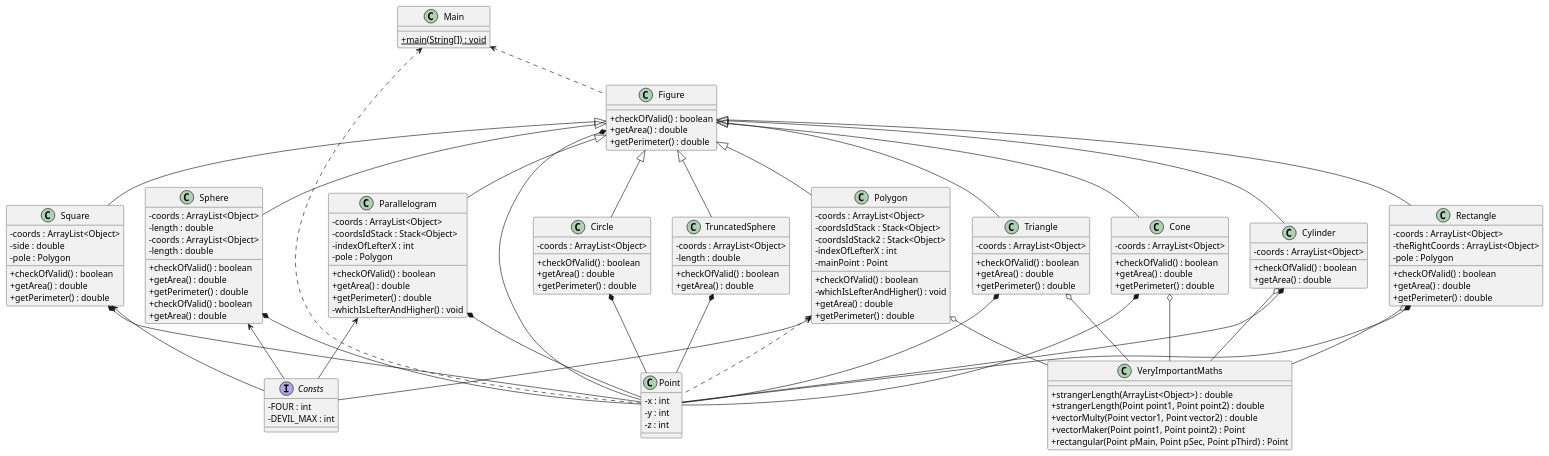
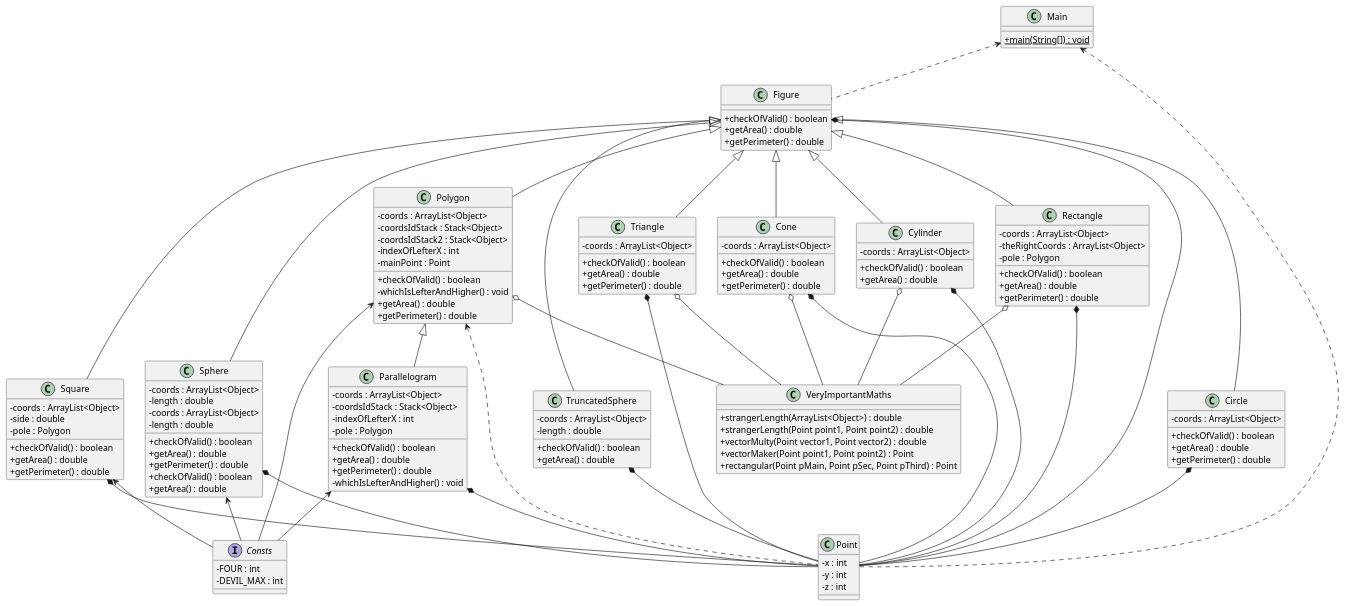
Before and after one commit to TipsyTripper/Task-968511: the diagram in src/main/resources/uml/diagramForFigures.puml, drawn with PlantUML. The commit also changed 11 other files, not shown here.

Commit message:
Добавлены "@override" Дополнено UML

```diff
--- a/src/main/resources/uml/diagramForFigures.puml
+++ b/src/main/resources/uml/diagramForFigures.puml
@@ -1,156 +1,157 @@
 @startuml
 skinparam classAttributeIconSize 0
 
 Main : + {static} main(String[]) : void
 
 Figure : + checkOfValid() : boolean
 Figure : + getArea() : double
 Figure : + getPerimeter() : double
 
 class Circle {
     - coords : ArrayList<Object>
     + checkOfValid() : boolean
     + getArea() : double
     + getPerimeter() : double
 }
 
 class Sphere {
     - coords : ArrayList<Object>
     - length : double
     + checkOfValid() : boolean
     + getArea() : double
     + getPerimeter() : double
 }
 
 class Cone {
     - coords : ArrayList<Object>
     + checkOfValid() : boolean
     + getArea() : double
     + getPerimeter() : double
 }
 
 class Cylinder {
     - coords : ArrayList<Object>
     + checkOfValid() : boolean
     + getArea() : double
 }
 
 class Parallelogram {
     - coords : ArrayList<Object>
     - coordsIdStack : Stack<Object>
     - indexOfLefterX : int
     - pole : Polygon
     + checkOfValid() : boolean
     + getArea() : double
     + getPerimeter() : double
     - whichIsLefterAndHigher() : void
 }
 
 class Polygon {
     - coords : ArrayList<Object>
     - coordsIdStack : Stack<Object>
     - coordsIdStack2 : Stack<Object>
     - indexOfLefterX : int
     - mainPoint : Point
      + checkOfValid() : boolean
     - whichIsLefterAndHigher() : void
      + getArea() : double
      + getPerimeter() : double
 }
 
 class Rectangle {
     - coords : ArrayList<Object>
     - theRightCoords : ArrayList<Object>
     - pole : Polygon
     + checkOfValid() : boolean
     + getArea() : double
     + getPerimeter() : double
 }
 
 class Sphere {
     - coords : ArrayList<Object>
     - length : double
     + checkOfValid() : boolean
     + getArea() : double
 }
 
 class Square {
     - coords : ArrayList<Object>
     - side : double
     - pole : Polygon
     + checkOfValid() : boolean
     + getArea() : double
     + getPerimeter() : double
 }
 
 class Triangle {
     - coords : ArrayList<Object>
     + checkOfValid() : boolean
     + getArea() : double
     + getPerimeter() : double
 }
 
 class TruncatedSphere {
     - coords : ArrayList<Object>
     - length : double
     + checkOfValid() : boolean
     + getArea() : double
 }
 
 interface Consts {
     - FOUR : int
     - DEVIL_MAX : int
 }
 
 class VeryImportantMaths {
     + strangerLength(ArrayList<Object>) : double
     + strangerLength(Point point1, Point point2) : double
     + vectorMulty(Point vector1, Point vector2) : double
     + vectorMaker(Point point1, Point point2) : Point
     + rectangular(Point pMain, Point pSec, Point pThird) : Point
 }
 
 class Point {
     - x : int
     - y : int
     - z : int
 }
 
 Main <.. Figure
 Main <.. Point
 
 Figure <|-- Circle
 Figure <|-- Cone
 Figure <|-- Cylinder
-Figure <|-- Parallelogram
 Figure <|-- Polygon
 Figure <|-- Rectangle
 Figure <|-- Sphere
 Figure <|-- Square
 Figure <|-- Triangle
 Figure <|-- TruncatedSphere
+
+Polygon <|-- Parallelogram
 
 Figure *-- Point
 Circle *-- Point
 Cone *-- Point
 Cylinder *-- Point
 Parallelogram *-- Point
 Polygon <.. Point
 Rectangle *-- Point
 Sphere *-- Point
 Square *-- Point
 Triangle *-- Point
 TruncatedSphere *-- Point
 
 Parallelogram <-- Consts
 Polygon <-- Consts
 Sphere <-- Consts
 Square <-- Consts
 
 Polygon o-- VeryImportantMaths
 Triangle o-- VeryImportantMaths
 Cone o-- VeryImportantMaths
 Cylinder o-- VeryImportantMaths
 Rectangle o-- VeryImportantMaths
 
 @enduml
```
